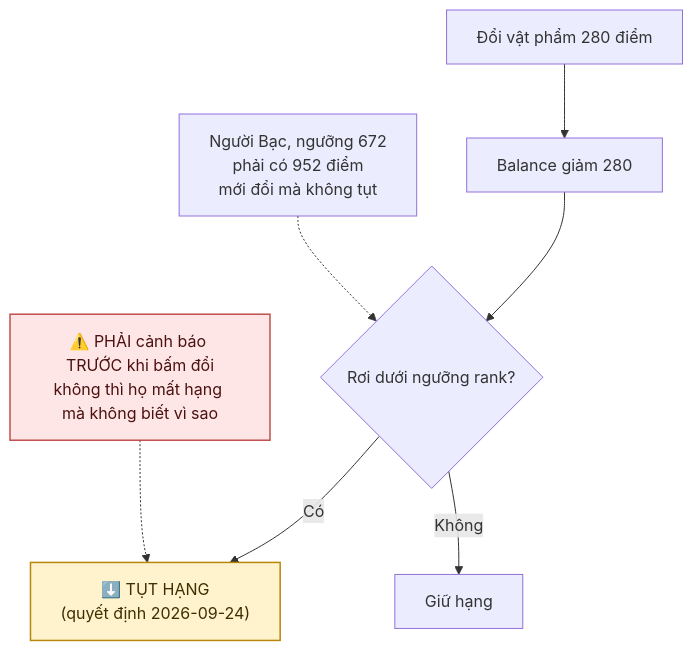
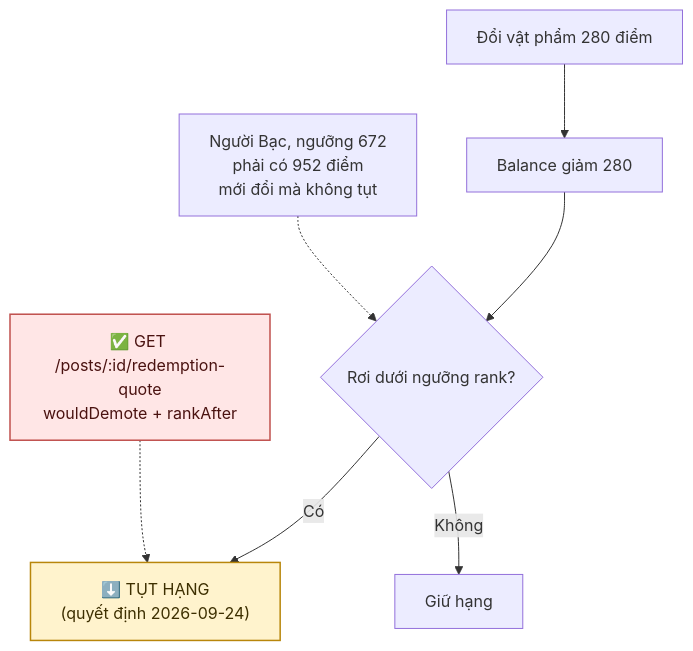
Before and after one commit to fdshn/trueheart: the fourth of 4 diagrams in docs/diagram/14-redemption.md, drawn with Mermaid. The commit also changed other lines of this file and 19 other files, not shown here.

First line of the commit message:
feat(redemption): xem trước giá và cảnh báo tụt hạng, và thôi nói sai với người đổi điểm

````diff
--- a/docs/diagram/14-redemption.md
+++ b/docs/diagram/14-redemption.md
@@ -119,13 +133,13 @@
 ```mermaid
 flowchart TD
     A[Đổi vật phẩm 280 điểm] --> B[Balance giảm 280]
     B --> C{Rơi dưới ngưỡng rank?}
     C -->|Có| D["⬇️ TỤT HẠNG<br/>(quyết định 2026-09-24)"]
     C -->|Không| E[Giữ hạng]
 
     F["Người Bạc, ngưỡng 672<br/>phải có 952 điểm<br/>mới đổi mà không tụt"] -.-> C
-    G["⚠️ PHẢI cảnh báo TRƯỚC khi bấm đổi<br/>không thì họ mất hạng mà không biết vì sao"] -.-> D
+    G["✅ GET /posts/:id/redemption-quote<br/>wouldDemote + rankAfter"] -.-> D
 
     style D fill:#fff3cd,stroke:#b8860b,stroke-width:1.5px,color:#3d2f00
     style G fill:#ffe6e6,stroke:#c0504d,stroke-width:1.5px,color:#4a1210
 ```
````
